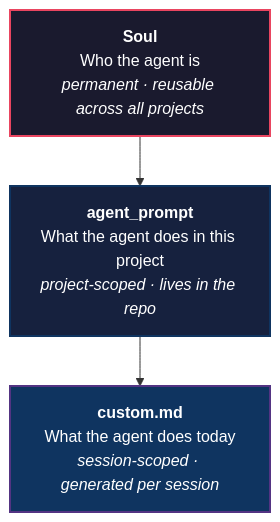
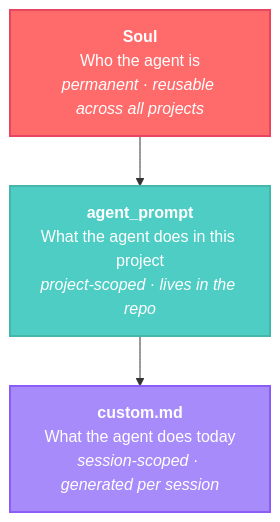
Before and after one commit to block3-io/block3-start: the first of 5 diagrams in README.md, drawn with Mermaid. The commit also changed other lines of this file, not shown here.

Commit message:
Fix diagram colors — lighter palette for readability

````diff
--- a/README.md
+++ b/README.md
@@ -29,12 +29,12 @@
 ```mermaid
 graph TD
     S["<b>Soul</b><br/>Who the agent is<br/><i>permanent · reusable across all projects</i>"]
     AP["<b>agent_prompt</b><br/>What the agent does in this project<br/><i>project-scoped · lives in the repo</i>"]
     C["<b>custom.md</b><br/>What the agent does today<br/><i>session-scoped · generated per session</i>"]
 
     S --> AP --> C
 
-    style S fill:#1a1a2e,stroke:#e94560,color:#fff,stroke-width:2px
-    style AP fill:#16213e,stroke:#0f3460,color:#fff,stroke-width:2px
-    style C fill:#0f3460,stroke:#533483,color:#fff,stroke-width:2px
+    style S fill:#ff6b6b,stroke:#e94560,color:#fff,stroke-width:2px
+    style AP fill:#4ecdc4,stroke:#45b7aa,color:#fff,stroke-width:2px
+    style C fill:#a78bfa,stroke:#8b5cf6,color:#fff,stroke-width:2px
 ```
````
